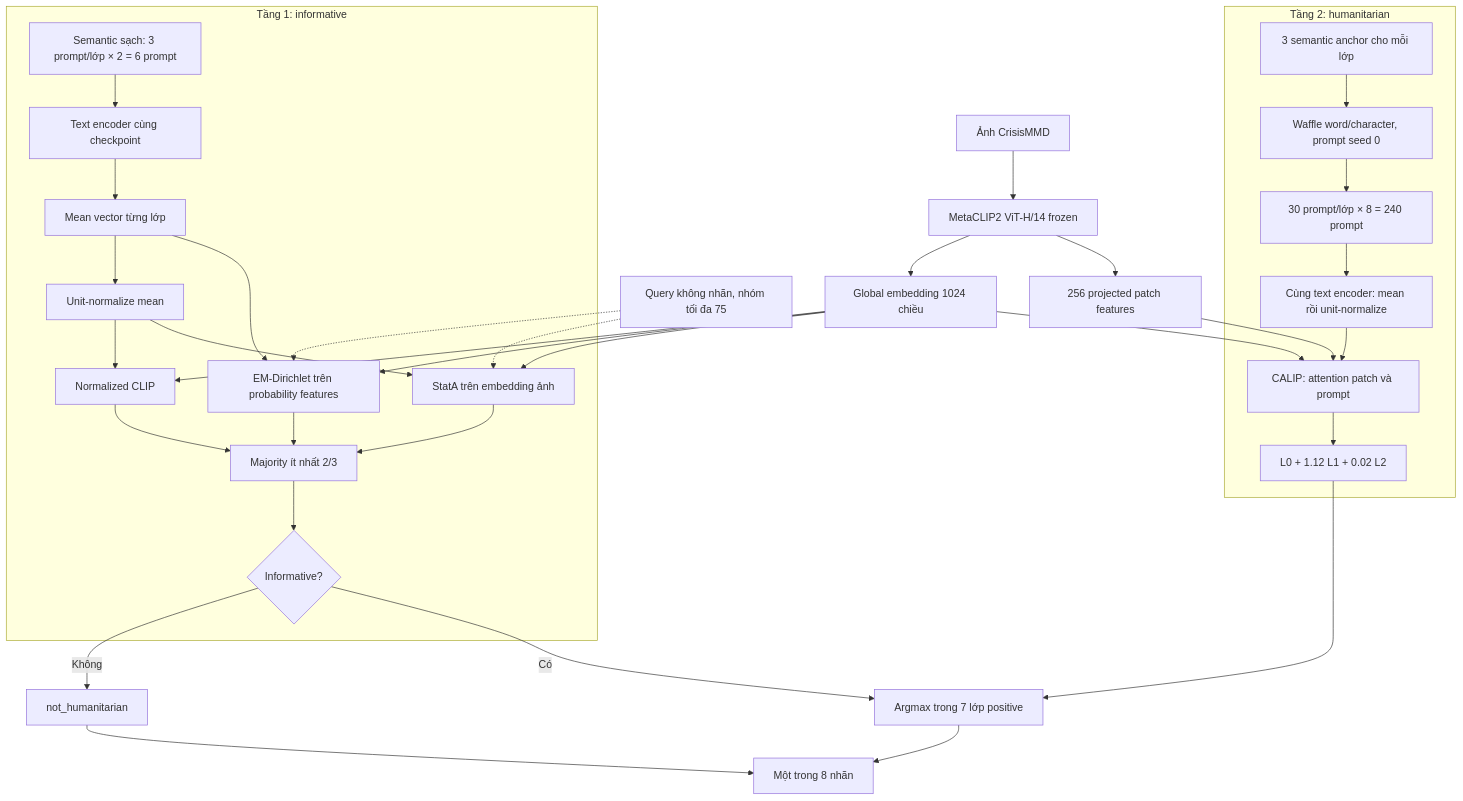
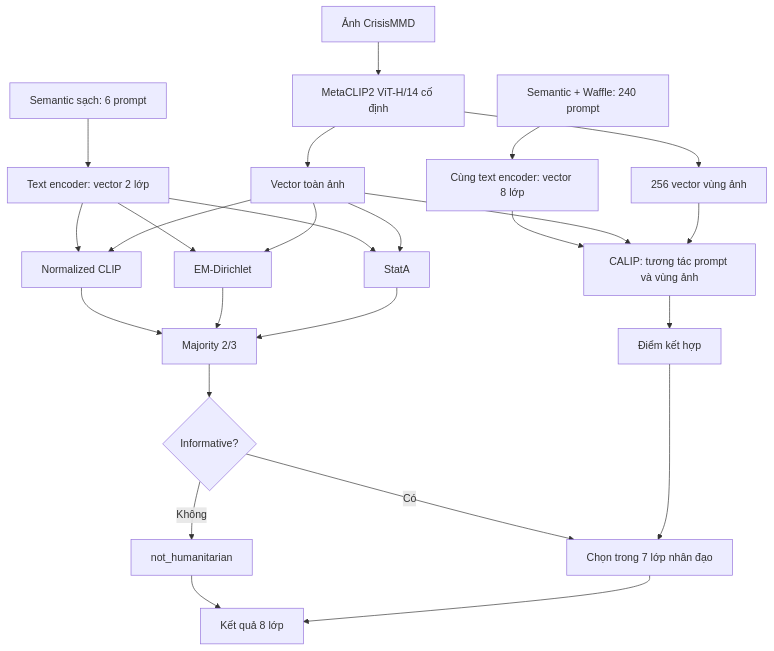
The diagram in docs/research/bao_cao_tien_do_waffle_clip_20261029.md (nguyenmanhhung3105/ZeroShot_Classification_Multimodal), drawn with Mermaid before and after one commit. The commit also changed other lines of this file, not shown here.

Commit message:
docs: focus WaffleCLIP report on CrisisMMD and best pipeline

````diff
--- a/docs/research/bao_cao_tien_do_waffle_clip_20261029.md
+++ b/docs/research/bao_cao_tien_do_waffle_clip_20261029.md
@@ -479,39 +130,30 @@
 ```mermaid
 flowchart TD
-  I[Ảnh CrisisMMD] --> M[MetaCLIP2 ViT-H/14 frozen]
-  M --> G[Global embedding 1024 chiều]
-  M --> P[256 projected patch features]
+    I[Ảnh CrisisMMD] --> M[MetaCLIP2 ViT-H/14 cố định]
+    M --> G[Vector toàn ảnh]
+    M --> P[256 vector vùng ảnh]
 
-  subgraph ROOT[Tầng 1: informative]
-    S[Semantic sạch: 3 prompt/lớp × 2 = 6 prompt] --> T1[Text encoder cùng checkpoint]
-    T1 --> MEAN[Mean vector từng lớp]
-    MEAN --> UNIT[Unit-normalize mean]
-    UNIT --> C[Normalized CLIP]
-    MEAN --> E[EM-Dirichlet trên probability features]
-    UNIT --> ST[StatA trên embedding ảnh]
-    C --> V[Majority ít nhất 2/3]
+    S[Semantic sạch: 6 prompt] --> T1[Text encoder: vector 2 lớp]
+    T1 --> C[Normalized CLIP]
+    T1 --> E[EM-Dirichlet]
+    T1 --> ST[StatA]
+    G --> C
+    G --> E
+    G --> ST
+    C --> V[Majority 2/3]
     E --> V
     ST --> V
     V --> D{Informative?}
-  end
-  G --> C
-  G --> E
-  G --> ST
-  Q[Query không nhãn, nhóm tối đa 75] -.-> E
-  Q -.-> ST
 
-  subgraph LEAF[Tầng 2: humanitarian]
-    A[3 semantic anchor cho mỗi lớp] --> W[Waffle word/character, prompt seed 0]
-    W --> B[30 prompt/lớp × 8 = 240 prompt]
-    B --> T2[Cùng text encoder: mean rồi unit-normalize]
-    T2 --> CA[CALIP: attention patch và prompt]
-    CA --> L[L0 + 1.12 L1 + 0.02 L2]
-  end
-  G --> CA
-  P --> CA
-  D -- Không --> N[not_humanitarian]
-  D -- Có --> POS[Argmax trong 7 lớp positive]
-  L --> POS
-  N --> OUT[Một trong 8 nhãn]
-  POS --> OUT
+    W[Semantic + Waffle: 240 prompt] --> T2[Cùng text encoder: vector 8 lớp]
+    T2 --> CA[CALIP: tương tác prompt và vùng ảnh]
+    G --> CA
+    P --> CA
+    CA --> L[Điểm kết hợp]
+
+    D -- Không --> N[not_humanitarian]
+    D -- Có --> A[Chọn trong 7 lớp nhân đạo]
+    L --> A
+    N --> O[Kết quả 8 lớp]
+    A --> O
 ```
````
